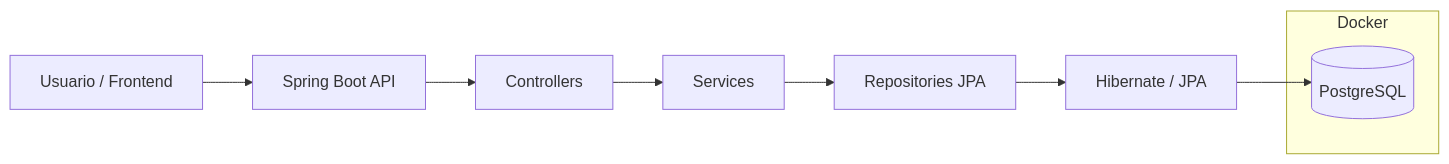
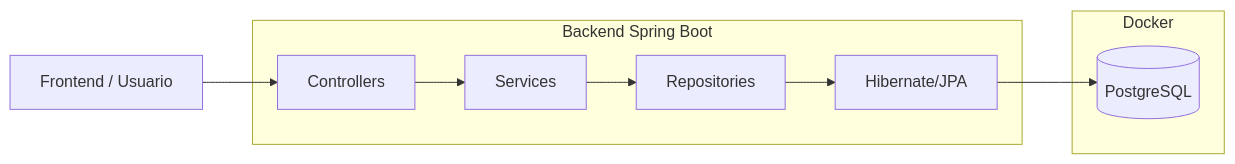
One commit to Nahuellunacab/protecciones-trazabilidad changed the first of 5 diagrams in README.md. Above: the diagram before and after it, drawn with Mermaid. The commit also changed other lines of this file and 8 other files, not shown here.

````diff
--- a/README.md
+++ b/README.md
@@ -46,16 +46,22 @@
 ```mermaid
 flowchart LR
 
-    A[Usuario / Frontend] --> B[Spring Boot API]
+    A[Frontend / Usuario]
+        --> B[Controllers]
 
-    B --> C[Controllers]
-    C --> D[Services]
-    D --> E[Repositories JPA]
-    E --> F[Hibernate / JPA]
+    B --> C[Services]
+    C --> D[Repositories]
+    D --> E[Hibernate/JPA]
+    E --> F[(PostgreSQL)]
 
-    F --> G[(PostgreSQL)]
+    subgraph Backend Spring Boot
+        B
+        C
+        D
+        E
+    end
 
     subgraph Docker
-        G
+        F
     end
 ```
````
